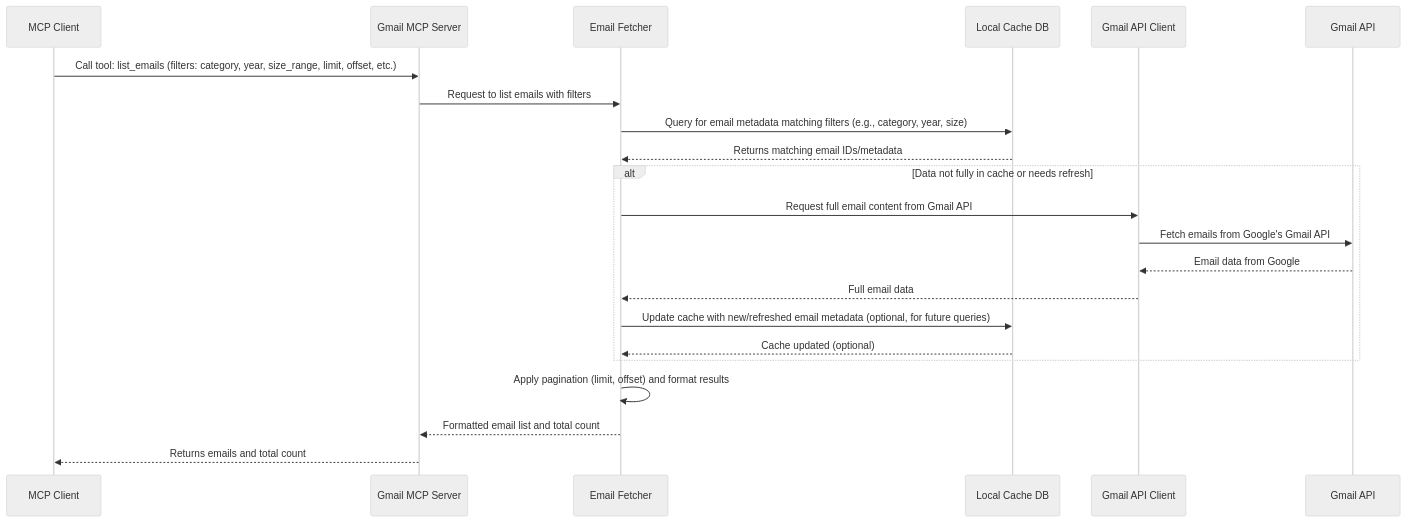
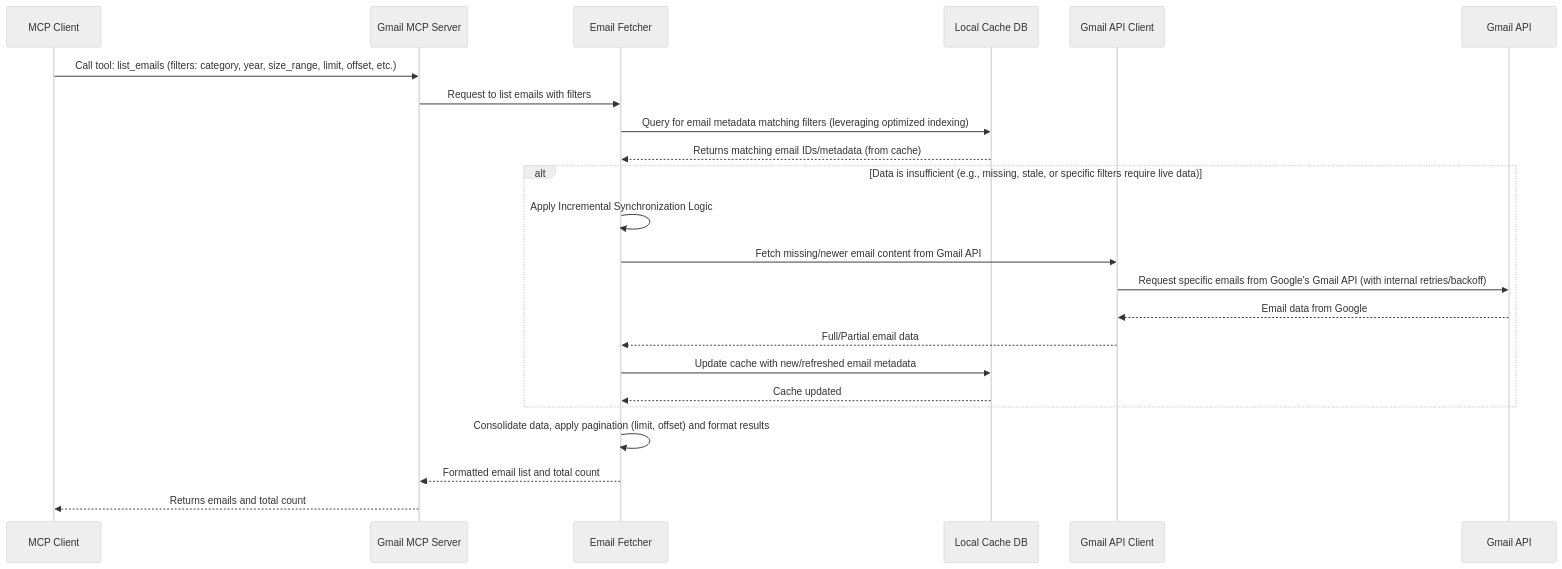
Before and after one commit to kushal45/GmailMcpServer: the diagram in mermaidDiagrams/listEmailFlow.mermaid, drawn with Mermaid (neutral theme). The commit also changed 19 other files, not shown here.

Commit message:
implementing updated flow of list Emails flow as mentioned in the sequence diagram of list emails flow

```diff
--- a/mermaidDiagrams/listEmailFlow.mermaid
+++ b/mermaidDiagrams/listEmailFlow.mermaid
@@ -1,25 +1,26 @@
 sequenceDiagram
     participant Client as MCP Client
     participant Server as Gmail MCP Server
     participant EmailFetcher as Email Fetcher
     participant LocalCacheDB as Local Cache DB
     participant GmailAPIClient as Gmail API Client
     participant GmailAPI as Gmail API
 
     Client->>Server: Call tool: list_emails (filters: category, year, size_range, limit, offset, etc.)
     Server->>EmailFetcher: Request to list emails with filters
-    EmailFetcher->>LocalCacheDB: Query for email metadata matching filters (e.g., category, year, size)
-    LocalCacheDB-->>EmailFetcher: Returns matching email IDs/metadata
+    EmailFetcher->>LocalCacheDB: Query for email metadata matching filters (leveraging optimized indexing)
+    LocalCacheDB-->>EmailFetcher: Returns matching email IDs/metadata (from cache)
 
-    alt Data not fully in cache or needs refresh
-        EmailFetcher->>GmailAPIClient: Request full email content from Gmail API
-        GmailAPIClient->>GmailAPI: Fetch emails from Google's Gmail API
+    alt Data is insufficient (e.g., missing, stale, or specific filters require live data)
+        EmailFetcher->>EmailFetcher: Apply Incremental Synchronization Logic
+        EmailFetcher->>GmailAPIClient: Fetch missing/newer email content from Gmail API
+        GmailAPIClient->>GmailAPI: Request specific emails from Google's Gmail API (with internal retries/backoff)
         GmailAPI-->>GmailAPIClient: Email data from Google
-        GmailAPIClient-->>EmailFetcher: Full email data
-        EmailFetcher->>LocalCacheDB: Update cache with new/refreshed email metadata (optional, for future queries)
-        LocalCacheDB-->>EmailFetcher: Cache updated (optional)
+        GmailAPIClient-->>EmailFetcher: Full/Partial email data
+        EmailFetcher->>LocalCacheDB: Update cache with new/refreshed email metadata
+        LocalCacheDB-->>EmailFetcher: Cache updated
     end
 
-    EmailFetcher->>EmailFetcher: Apply pagination (limit, offset) and format results
+    EmailFetcher->>EmailFetcher: Consolidate data, apply pagination (limit, offset) and format results
     EmailFetcher-->>Server: Formatted email list and total count
     Server-->>Client: Returns emails and total count
```
